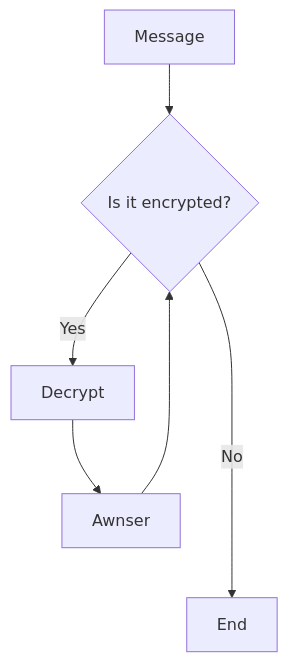
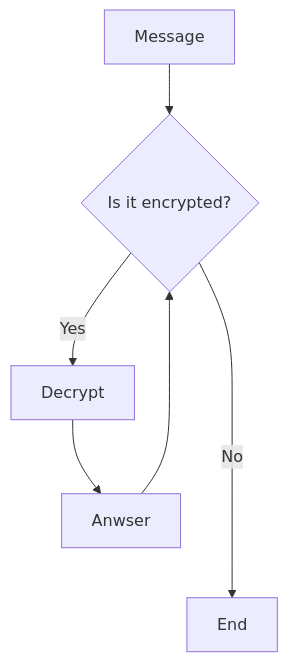
One commit to artifactNU/schoolstuff changed the diagram in python/lektion1/markdown.md. Above: the diagram before and after it, drawn with Mermaid. The commit also changed other lines of this file, not shown here.

````diff
--- a/python/lektion1/markdown.md
+++ b/python/lektion1/markdown.md
@@ -42,8 +40,8 @@
 ```mermaid
 flowchart TD
     A[Message] --> B{Is it encrypted?}
     B -- Yes --> C[Decrypt]
-    C --> D[Awnser]
+    C --> D[Anwser]
     D --> B
     B -- No ----> E[End]
 ```
````
